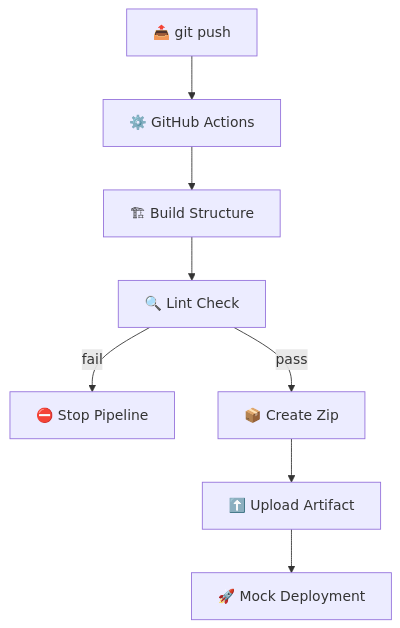
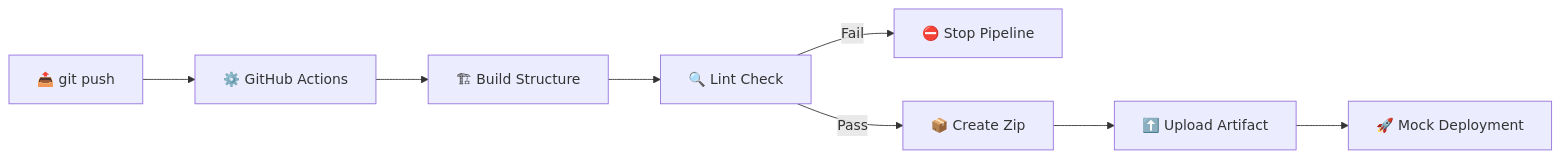
The fourth of 5 diagrams in README.md (SunnyJayaRaju/Apigee-Lab), drawn with Mermaid before and after one commit. The commit also changed other lines of this file, not shown here.

Commit message:
Polish headings, badges and diagrams

````diff
--- a/README.md
+++ b/README.md
@@ -372,10 +434,13 @@
 ```mermaid
-flowchart TD
-  A["📤 git push"] --> B["⚙️ GitHub Actions"]
-  B --> C["🏗 Build Structure"]
-  C --> D["🔍 Lint Check"]
-  D -->|"fail"| E["⛔️ Stop Pipeline"]
-  D -->|"pass"| F["📦 Create Zip"]
-  F --> G["⬆️ Upload Artifact"]
-  G --> H["🚀 Mock Deployment"]
+%%{init: {"flowchart": {"nodeSpacing": 50, "rankSpacing": 60, "padding": 16}}}%%
+graph LR
+    Push[📤 git push] --> GitHub[⚙️ GitHub Actions]
+    GitHub --> Build[🏗 Build Structure]
+    Build --> Lint[🔍 Lint Check]
+    
+    Lint -- Fail --> Stop[⛔️ Stop Pipeline]
+    Lint -- Pass --> Zip[📦 Create Zip]
+    
+    Zip --> Upload[⬆️ Upload Artifact]
+    Upload --> Deploy[🚀 Mock Deployment]
 ```
````
